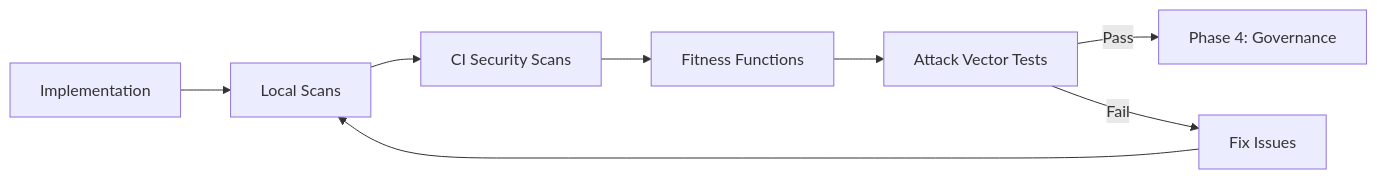
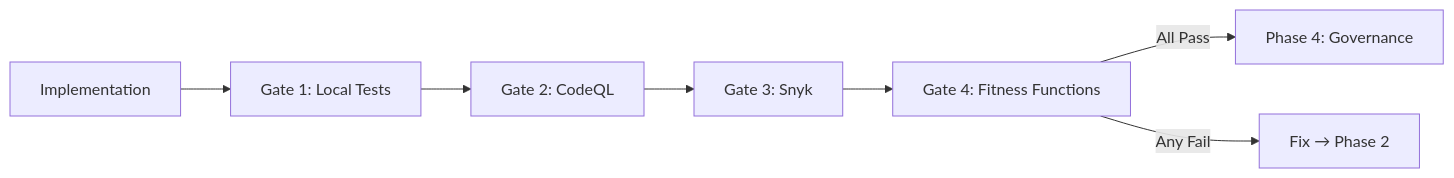
One commit to AliceNN-ucdenver/MaintainabilityAI changed the diagram in site-tw/public/docs/sdlc/phase3-verification.md. Above: the diagram before and after it, drawn with Mermaid. The commit also changed other lines of this file and 99 other files, not shown here.

````diff
--- a/site-tw/public/docs/sdlc/phase3-verification.md
+++ b/site-tw/public/docs/sdlc/phase3-verification.md
@@ -27,10 +18,9 @@
 ```mermaid
 flowchart LR
-    A[Implementation] --> B[Local Scans]
-    B --> C[CI Security Scans]
-    C --> D[Fitness Functions]
-    D --> E[Attack Vector Tests]
-    E -->|Pass| F[Phase 4: Governance]
-    E -->|Fail| G[Fix Issues]
-    G --> B
+    A[Implementation] --> B[Gate 1: Local Tests]
+    B --> C[Gate 2: CodeQL]
+    C --> D[Gate 3: Snyk]
+    D --> E[Gate 4: Fitness Functions]
+    E -->|All Pass| F[Phase 4: Governance]
+    E -->|Any Fail| G[Fix → Phase 2]
 ```
````
